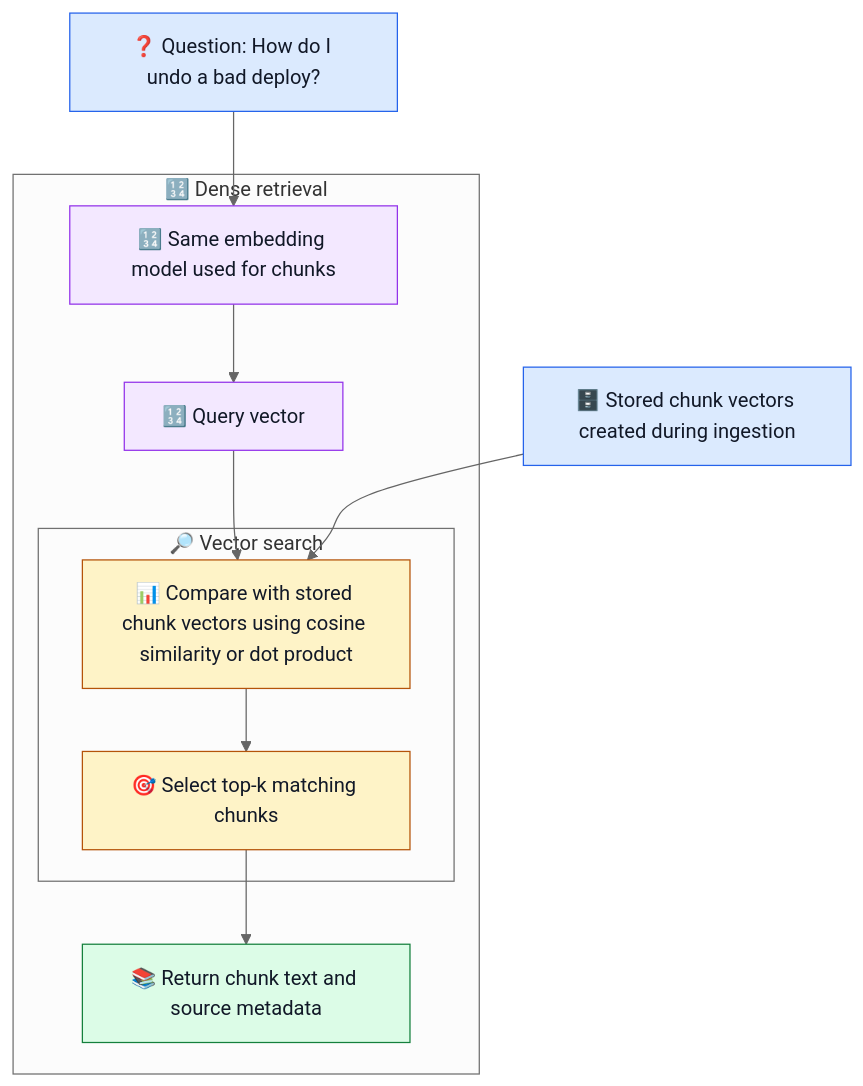
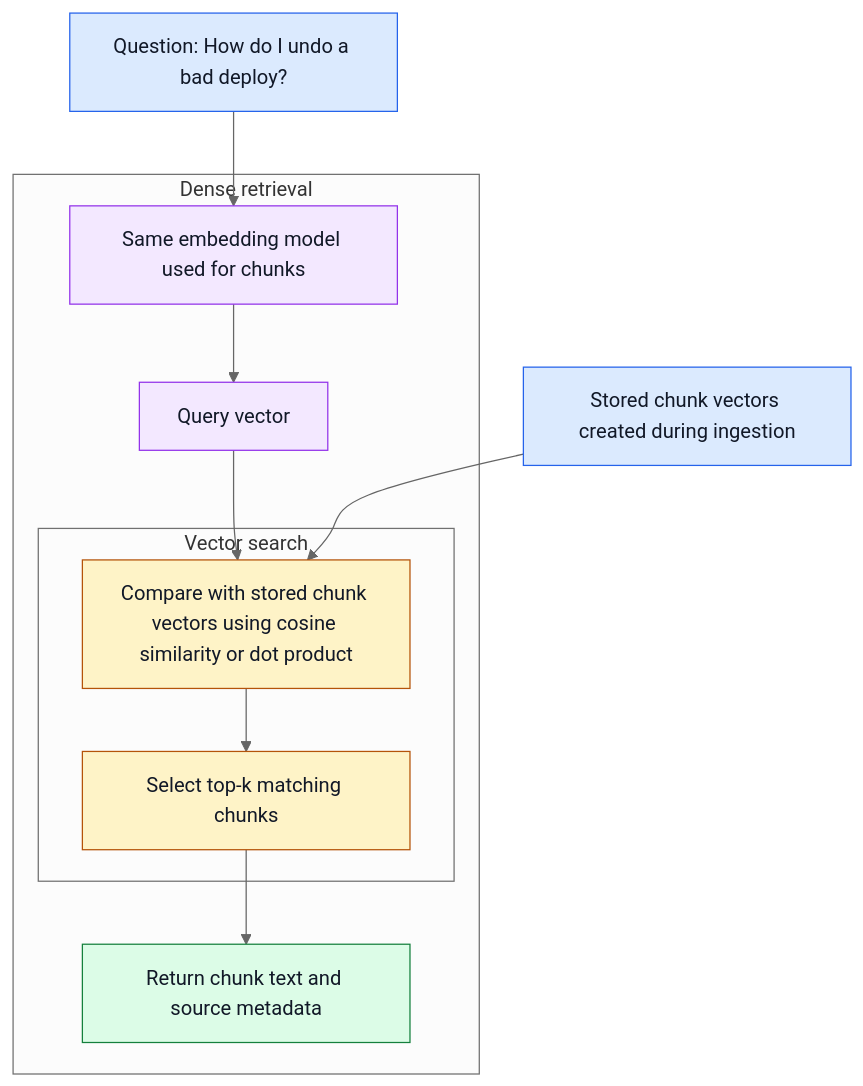
Before and after one commit to shamim-iq/RAG-Course: the diagram in Theory/03_retrieval_methods.md, drawn with Mermaid (neutral theme). The commit also changed other lines of this file, not shown here.

Commit message:
docs: simplify retrieval methods notes

````diff
--- a/Theory/03_retrieval_methods.md
+++ b/Theory/03_retrieval_methods.md
@@ -204,25 +101,25 @@
 ```mermaid
 flowchart TD
-    Q["❓ Question: How do I undo a bad deploy?"]
-    S["🗄️ Stored chunk vectors created during ingestion"]
-    subgraph D["🔢 Dense retrieval"]
-        E["🔢 Same embedding model used for chunks"]
-        V["🔢 Query vector"]
-        subgraph VS["🔎 Vector search"]
-            C["📊 Compare with stored chunk vectors using cosine similarity or dot product"]
-            K["🎯 Select top-k matching chunks"]
+    Q["Question: How do I undo a bad deploy?"]
+    S["Stored chunk vectors created during ingestion"]
+    subgraph D["Dense retrieval"]
+        E["Same embedding model used for chunks"]
+        V["Query vector"]
+        subgraph VS["Vector search"]
+            C["Compare with stored chunk vectors using cosine similarity or dot product"]
+            K["Select top-k matching chunks"]
         end
-        R["📚 Return chunk text and source metadata"]
+        R["Return chunk text and source metadata"]
         E --> V --> C --> K --> R
     end
     Q --> E
     S --> C
     classDef input fill:#dbeafe,stroke:#2563eb,color:#111827
     classDef embedding fill:#f3e8ff,stroke:#9333ea,color:#111827
     classDef search fill:#fef3c7,stroke:#b45309,color:#111827
     classDef result fill:#dcfce7,stroke:#15803d,color:#111827
     class Q,S input
     class E,V embedding
     class C,K search
     class R result
 ```
````
